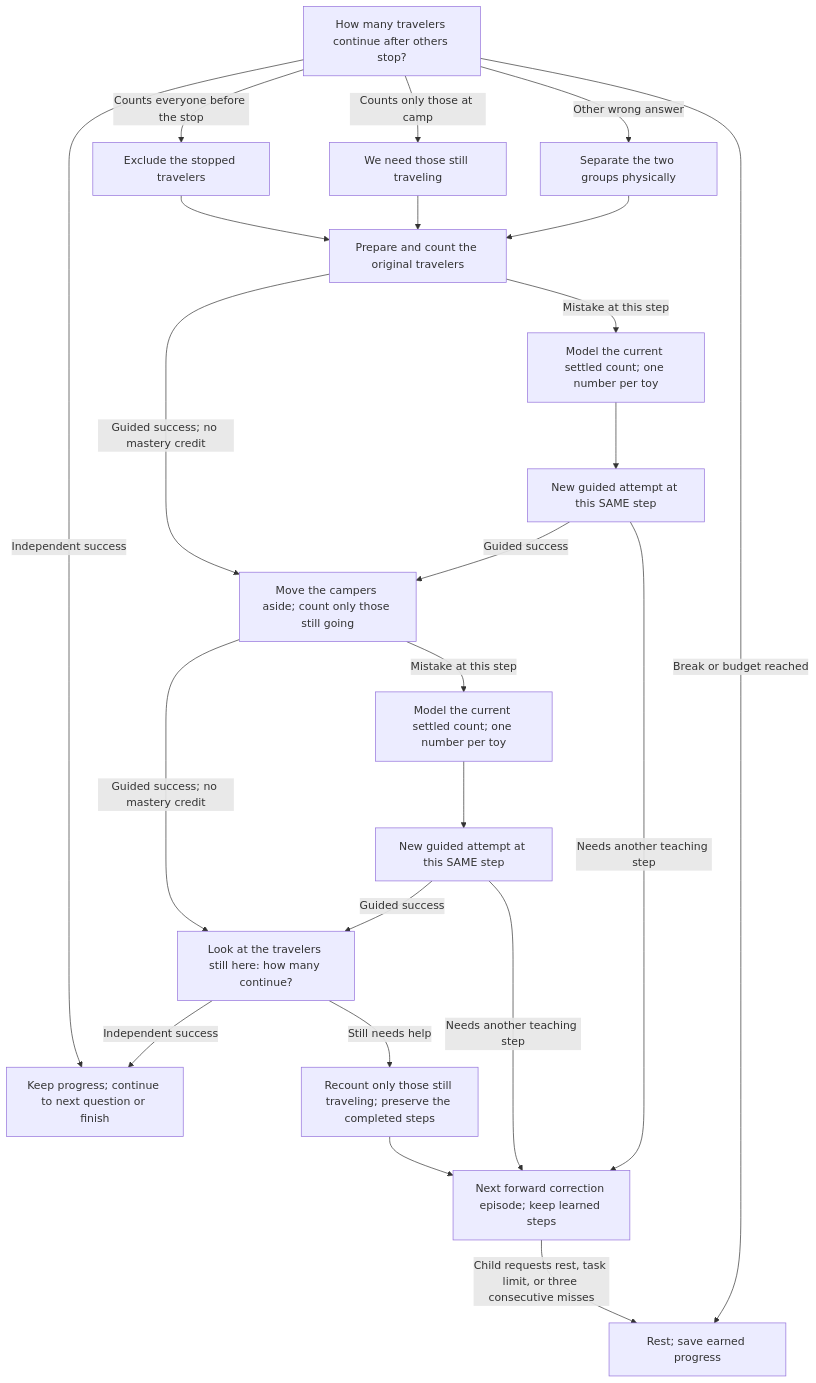
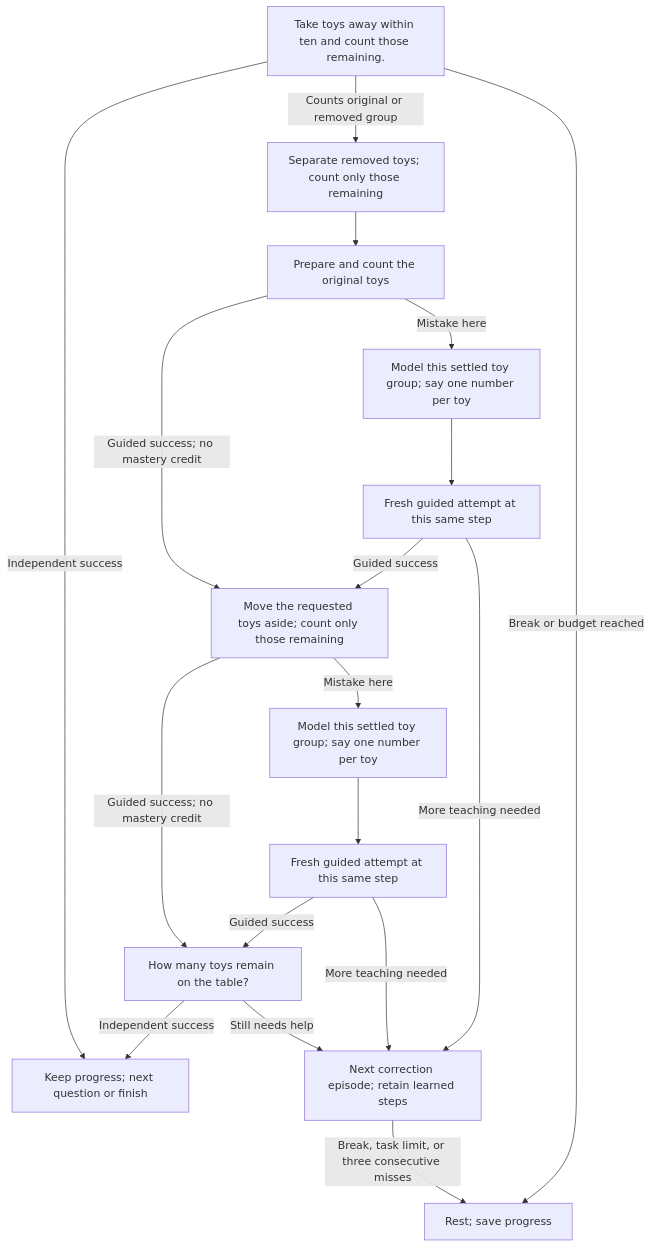
One commit to sealsbroken/unmath changed the diagram in docs/wiki/Lesson-8-Homeward-trail.md. Above: the diagram before and after it, drawn with Mermaid. The commit also changed other lines of this file and 33 other files, not shown here.

Commit message:
Start directly with real toys and remove pretend roles and adult prompts

````diff
--- a/docs/wiki/Lesson-8-Homeward-trail.md
+++ b/docs/wiki/Lesson-8-Homeward-trail.md
@@ -37,25 +32,20 @@
 ```mermaid
 flowchart TD
-    Choose["How many travelers continue after others stop?"] -->|"Independent success"| Done["Keep progress; continue to next question or finish"]
-    Choose -->|"Counts everyone before the stop"| E0["Exclude the stopped travelers"]
+    Start["Take toys away within ten and count those remaining."] -->|"Independent success"| Done["Keep progress; next question or finish"]
+    Start -->|"Counts original or removed group"| E0["Separate removed toys; count only those remaining"]
     E0 --> S0
-    Choose -->|"Counts only those at camp"| E1["We need those still traveling"]
-    E1 --> S0
-    Choose -->|"Other wrong answer"| E2["Separate the two groups physically"]
-    E2 --> S0
-    S0["Prepare and count the original travelers"] -->|"Guided success; no mastery credit"| S1
-    S0 -->|"Mistake at this step"| H0["Model the current settled count; one number per toy"]
-    H0 --> R0["New guided attempt at this SAME step"]
+    S0["Prepare and count the original toys"] -->|"Guided success; no mastery credit"| S1
+    S0 -->|"Mistake here"| H0["Model this settled toy group; say one number per toy"]
+    H0 --> R0["Fresh guided attempt at this same step"]
     R0 -->|"Guided success"| S1
-    R0 -->|"Needs another teaching step"| Continue["Next forward correction episode; keep learned steps"]
-    S1["Move the campers aside; count only those still going"] -->|"Guided success; no mastery credit"| Follow
-    S1 -->|"Mistake at this step"| H1["Model the current settled count; one number per toy"]
-    H1 --> R1["New guided attempt at this SAME step"]
+    R0 -->|"More teaching needed"| Continue["Next correction episode; retain learned steps"]
+    S1["Move the requested toys aside; count only those remaining"] -->|"Guided success; no mastery credit"| Follow
+    S1 -->|"Mistake here"| H1["Model this settled toy group; say one number per toy"]
+    H1 --> R1["Fresh guided attempt at this same step"]
     R1 -->|"Guided success"| Follow
-    R1 -->|"Needs another teaching step"| Continue["Next forward correction episode; keep learned steps"]
-    Follow["Look at the travelers still here: how many continue?"] -->|"Independent success"| Done
-    Follow -->|"Still needs help"| Focus["Recount only those still traveling; preserve the completed steps"]
-    Focus --> Continue
-    Choose -->|"Break or budget reached"| Rest["Rest; save earned progress"]
-    Continue -->|"Child requests rest, task limit, or three consecutive misses"| Rest
+    R1 -->|"More teaching needed"| Continue["Next correction episode; retain learned steps"]
+    Follow["How many toys remain on the table?"] -->|"Independent success"| Done
+    Follow -->|"Still needs help"| Continue
+    Start -->|"Break or budget reached"| Rest["Rest; save progress"]
+    Continue -->|"Break, task limit, or three consecutive misses"| Rest
 ```
````
